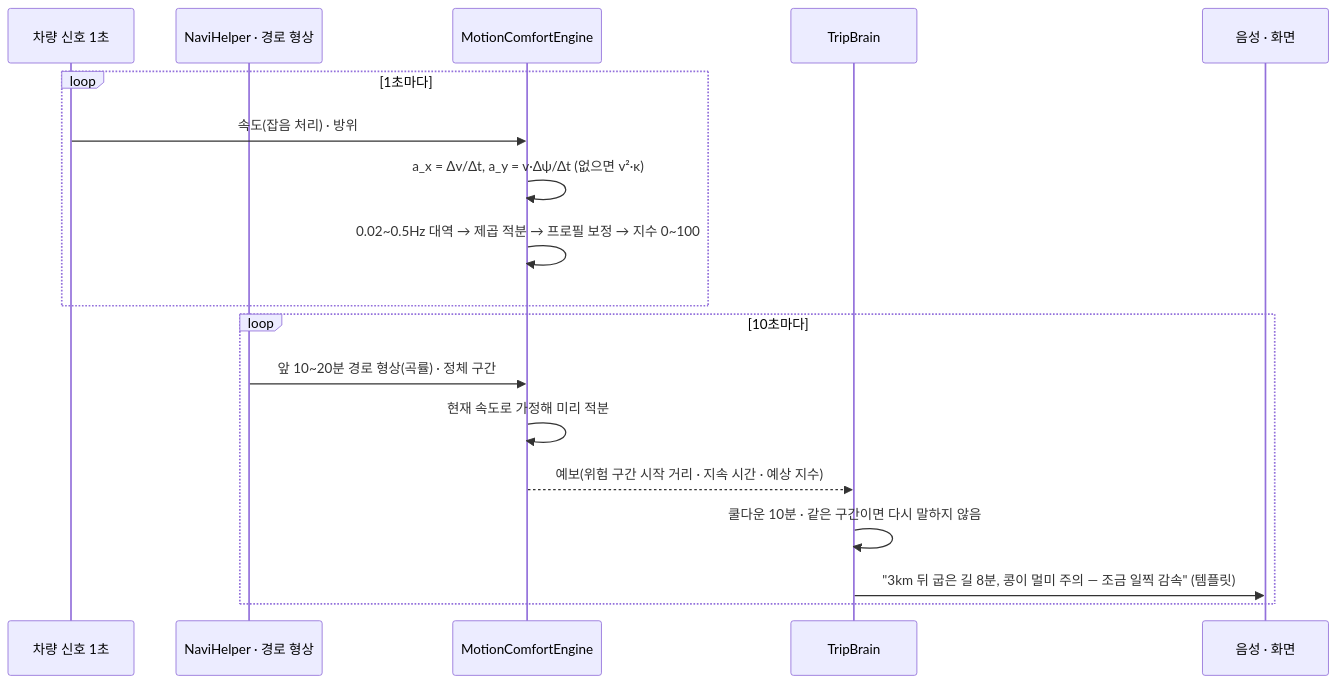
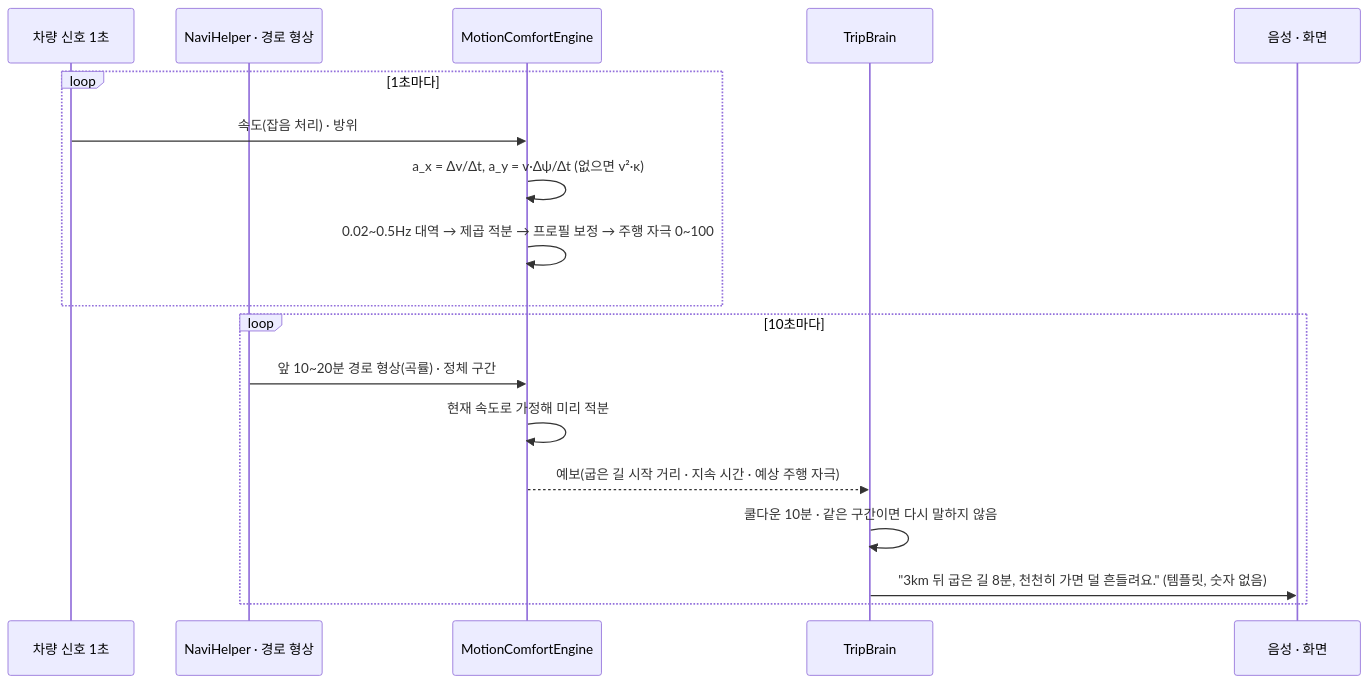
Before and after one commit to xuxtaku7610-del/every-moment-of-pause: the second of 7 diagrams in flowchart.md, drawn with Mermaid. The commit also changed other lines of this file and 78 other files, not shown here.

````diff
--- a/flowchart.md
+++ b/flowchart.md
@@ -34,21 +40,21 @@
 ```mermaid
 sequenceDiagram
     participant SIG as 차량 신호 1초
     participant NAV as NaviHelper · 경로 형상
     participant ME as MotionComfortEngine
     participant TB as TripBrain
     participant V as 음성 · 화면
 
     loop 1초마다
         SIG->>ME: 속도(잡음 처리) · 방위
         ME->>ME: a_x = Δv/Δt, a_y = v·Δψ/Δt (없으면 v²·κ)
-        ME->>ME: 0.02~0.5Hz 대역 → 제곱 적분 → 프로필 보정 → 지수 0~100
+        ME->>ME: 0.02~0.5Hz 대역 → 제곱 적분 → 프로필 보정 → 주행 자극 0~100
     end
     loop 10초마다
         NAV->>ME: 앞 10~20분 경로 형상(곡률) · 정체 구간
         ME->>ME: 현재 속도로 가정해 미리 적분
-        ME-->>TB: 예보(위험 구간 시작 거리 · 지속 시간 · 예상 지수)
+        ME-->>TB: 예보(굽은 길 시작 거리 · 지속 시간 · 예상 주행 자극)
         TB->>TB: 쿨다운 10분 · 같은 구간이면 다시 말하지 않음
-        TB->>V: "3km 뒤 굽은 길 8분, 콩이 멀미 주의 — 조금 일찍 감속" (템플릿)
+        TB->>V: "3km 뒤 굽은 길 8분, 천천히 가면 덜 흔들려요." (템플릿, 숫자 없음)
     end
 ```
````
